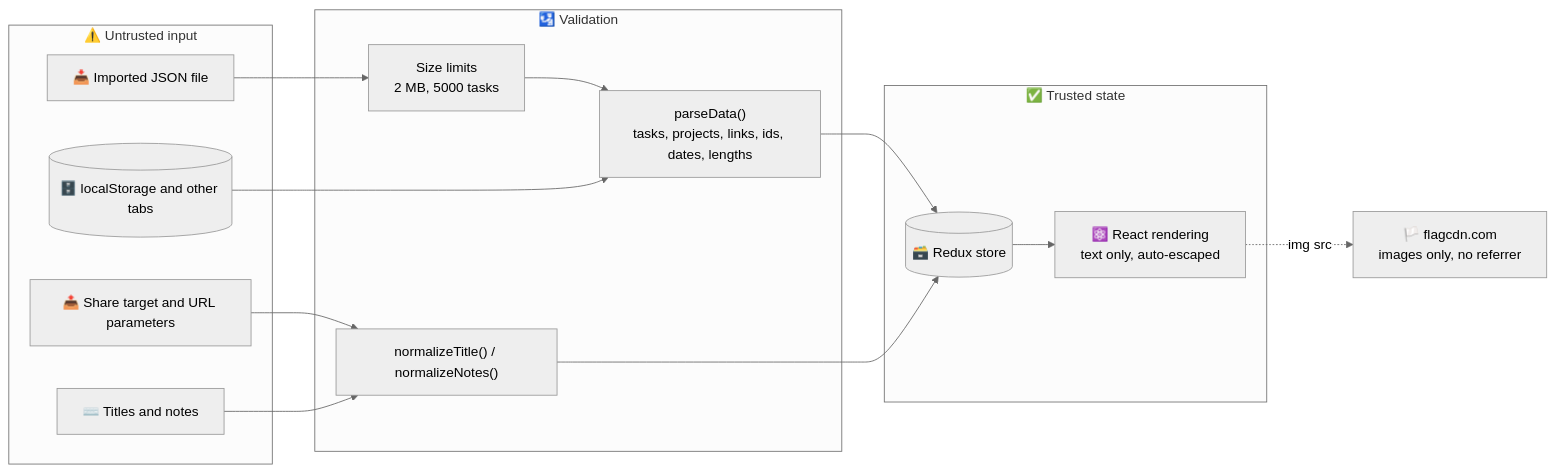
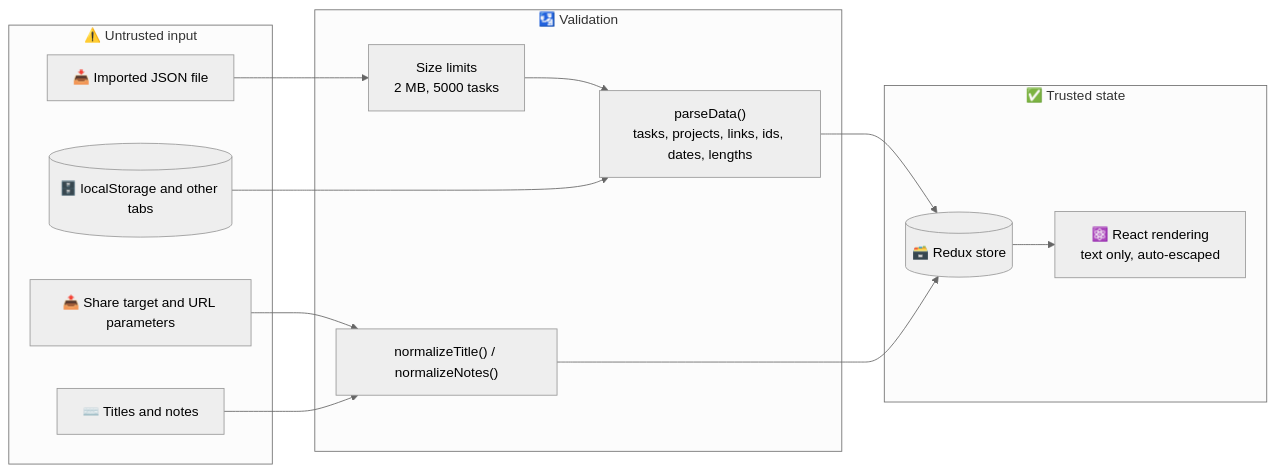
One commit to sacrificed666/react-todo-app changed the first of 2 diagrams in docs/security.md. Above: the diagram before and after it, drawn with Mermaid (neutral theme). The commit also changed other lines of this file and 72 other files, not shown here.

````diff
--- a/docs/security.md
+++ b/docs/security.md
@@ -9,31 +9,28 @@
 ```mermaid
 flowchart LR
   subgraph Untrusted["⚠️ Untrusted input"]
     File[📥 Imported JSON file]
     Share[📤 Share target and URL parameters]
     Storage[(🗄️ localStorage and other tabs)]
     Typing[⌨️ Titles and notes]
   end
 
   subgraph Gate["🛂 Validation"]
     Limits["Size limits<br/>2 MB, 5000 tasks"]
     Parse["parseData()<br/>tasks, projects, links, ids, dates, lengths"]
     Normalize["normalizeTitle() / normalizeNotes()"]
   end
 
   subgraph App["✅ Trusted state"]
     Store[(🗃️ Redux store)]
     React["⚛️ React rendering<br/>text only, auto-escaped"]
   end
 
-  Flags["🏳️ flagcdn.com<br/>images only, no referrer"]
-
   File --> Limits --> Parse
   Storage --> Parse
   Share --> Normalize
   Typing --> Normalize
   Parse --> Store
   Normalize --> Store
   Store --> React
-  React -. "img src" .-> Flags
 ```
````
